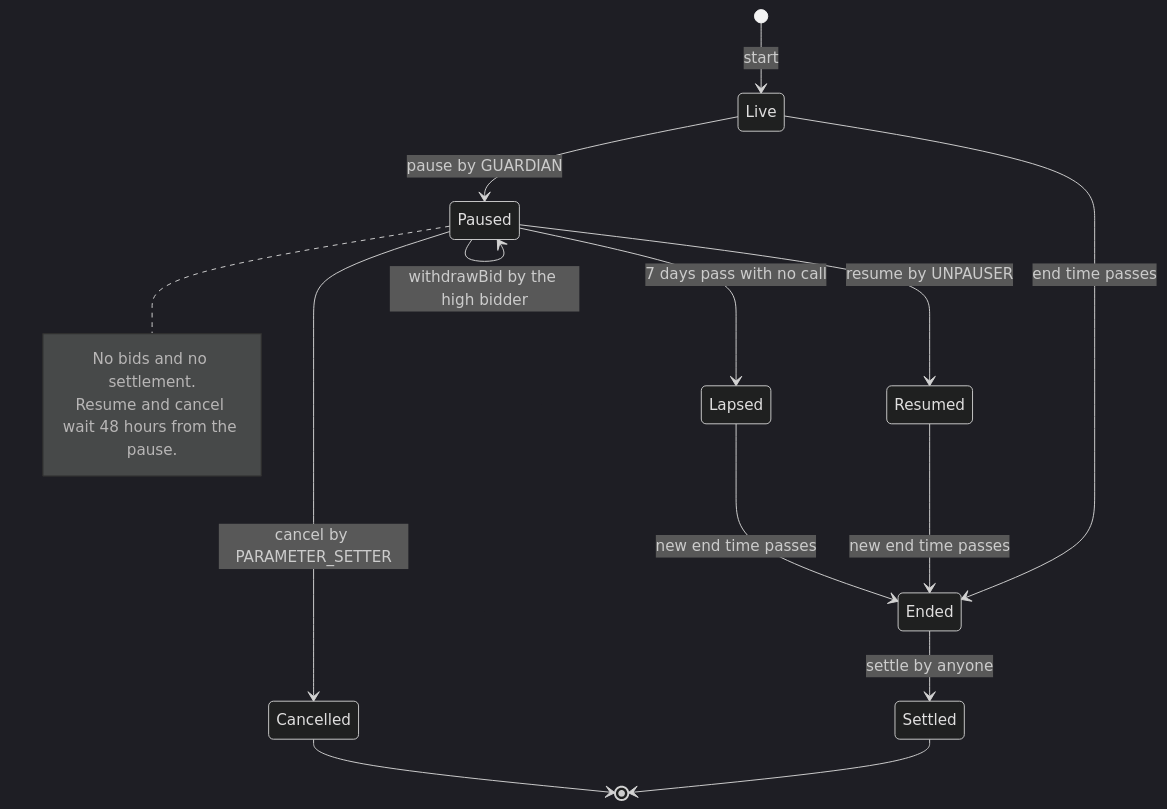
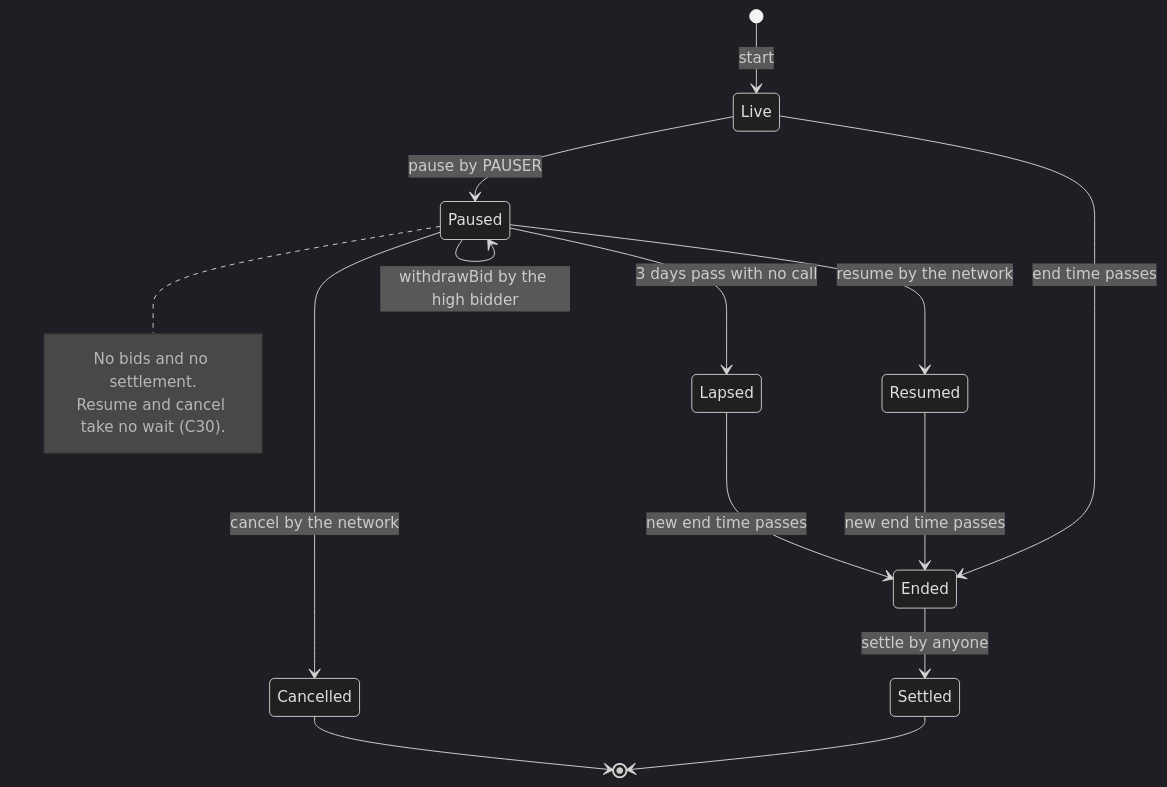
The first of 9 diagrams in docs/spec/disputes-and-statements.md (6529-Collections/6529-works), drawn with Mermaid (dark theme) before and after one commit. The commit also changed other lines of this file and 352 other files, not shown here.

First line of the commit message:
Second permanence pass: single network authority, consolidated accounts, fixed timers, no federation exit (#106)

````diff
--- a/docs/spec/disputes-and-statements.md
+++ b/docs/spec/disputes-and-statements.md
@@ -151,26 +151,26 @@
 ```mermaid
 stateDiagram-v2
     state "Live" as Live
     state "Paused" as Paused
     state "Resumed" as Resumed
     state "Lapsed" as Lapsed
     state "Cancelled" as Cancelled
     state "Ended" as Ended
     state "Settled" as Settled
     [*] --> Live : start
-    Live --> Paused : pause by GUARDIAN
+    Live --> Paused : pause by PAUSER
     Live --> Ended : end time passes
     Paused --> Paused : withdrawBid by the high bidder
-    Paused --> Resumed : resume by UNPAUSER
-    Paused --> Lapsed : 7 days pass with no call
-    Paused --> Cancelled : cancel by PARAMETER_SETTER
+    Paused --> Resumed : resume by the network
+    Paused --> Lapsed : 3 days pass with no call
+    Paused --> Cancelled : cancel by the network
     Resumed --> Ended : new end time passes
     Lapsed --> Ended : new end time passes
     Ended --> Settled : settle by anyone
     Settled --> [*]
     Cancelled --> [*]
     note right of Paused
         No bids and no settlement.
-        Resume and cancel wait 48 hours from the pause.
+        Resume and cancel take no wait (C30).
     end note
 ```
````
